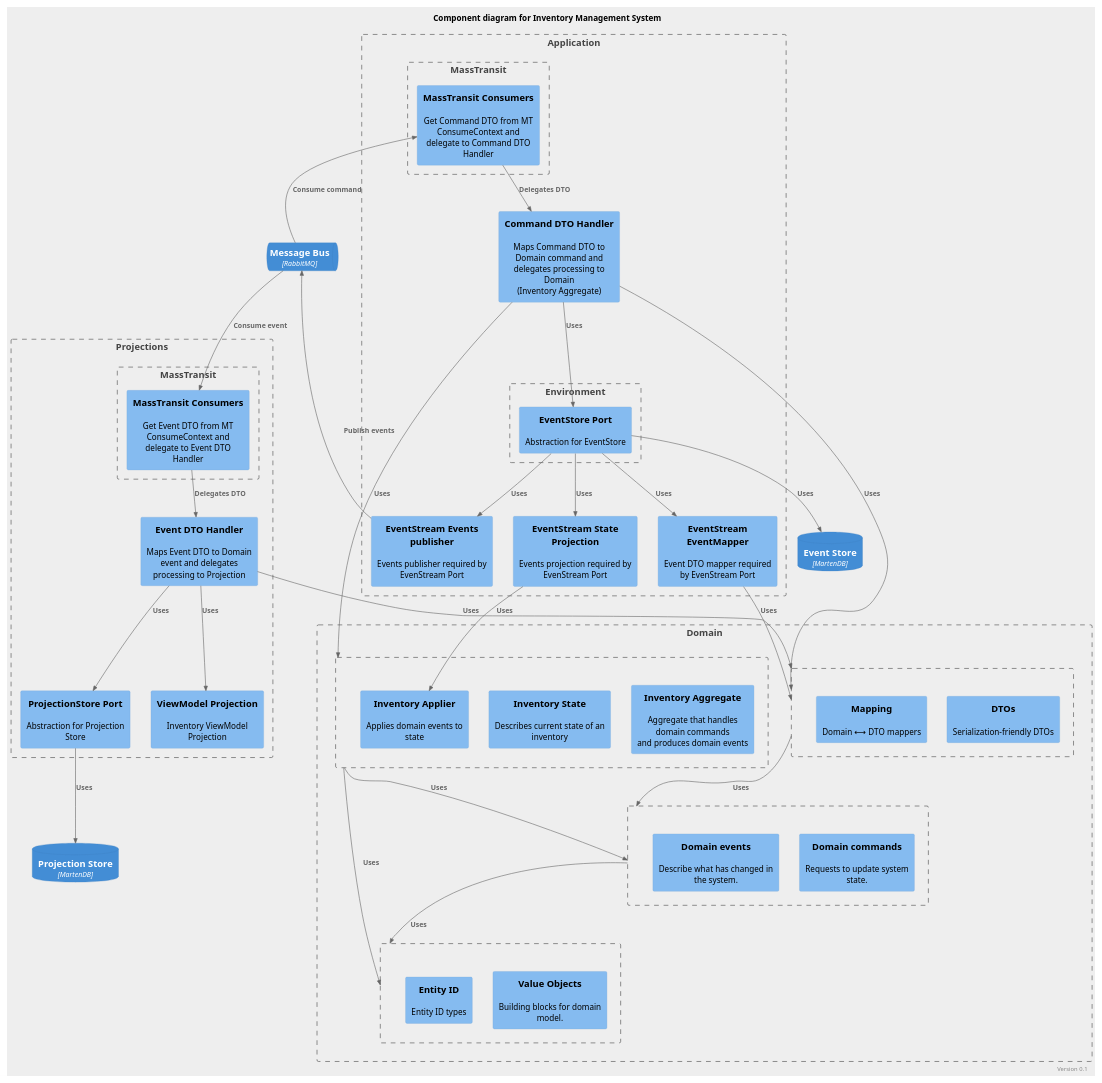
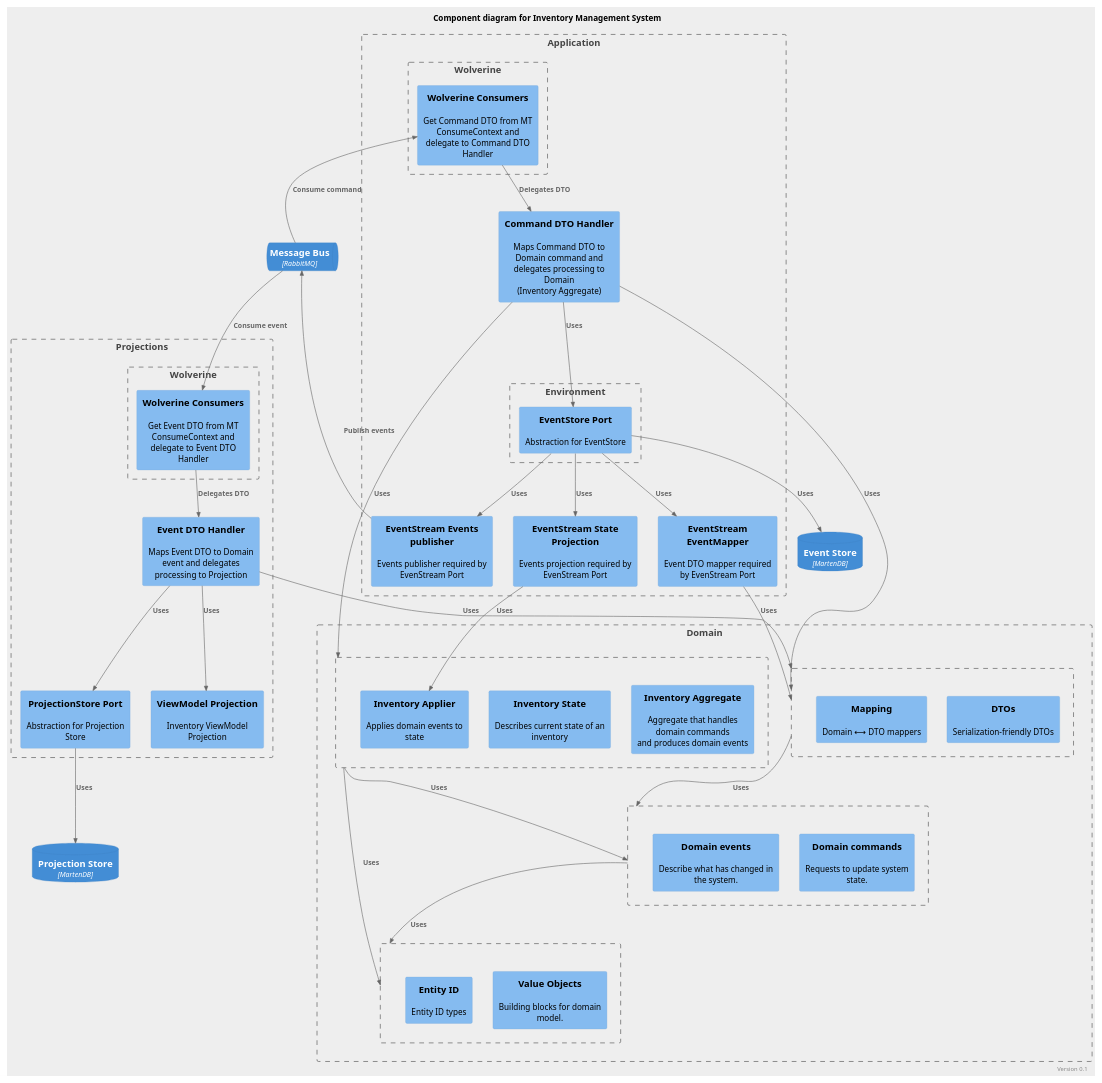
Before and after one commit to iblazhko/cqrs-fsharp: the diagram in doc/C4/component.puml, drawn with PlantUML. The commit also changed 46 other files, not shown here.

Commit message:
feat: Replace MassTransit with Wolverine

```diff
--- a/doc/C4/component.puml
+++ b/doc/C4/component.puml
@@ -1,94 +1,95 @@
 @startuml Inventory System - Component
 
-!include https://raw.githubusercontent.com/plantuml-stdlib/C4-PlantUML/master/C4_Component.puml
+!include <C4/C4_Component>
+
 skinparam defaultFontName "D-DIN"
 skinparam backgroundColor #EEEEEE
 scale 1600 width
 
 LAYOUT_TOP_DOWN()
 HIDE_STEREOTYPE()
 
 title Component diagram for Inventory Management System
 right footer Version 0.1
 
 ContainerQueue(messagebus, "Message Bus", "RabbitMQ", "")
 ContainerDb(eventstore, "Event Store", "MartenDB", "")
 ContainerDb(projectionstore, "Projection Store", "MartenDB", "")
 
 Boundary(domain_boundary, "Domain") {
     Boundary(domain_building_blocks, "") {
         Component(value_objects, "Value Objects", "", "Building blocks for domain model.")
         Component(entity_id, "Entity ID", "", "Entity ID types")
     }
 
     Boundary(domain_commands_events, "") {
         Component(domain_commands, "Domain commands", "", "Requests to update system state.")
         Component(domain_events, "Domain events", "", "Describe what has changed in the system.")
     }
 
     Boundary(domain_dto, "") {
         Component(dto, "DTOs", "", "Serialization-friendly DTOs")
         Component(mapping, "Mapping", "", "Domain ⟷ DTO mappers")
     }
 
     Boundary(domain_aggregate, "") {
         Component(aggregate, "Inventory Aggregate", "", "Aggregate that handles domain commands\nand produces domain events")
         Component(aggregate_state, "Inventory State", "", "Describes current state of an inventory")
         Component(aggregate_applier, "Inventory Applier", "", "Applies domain events to state")
     }
 
     Rel(domain_aggregate, domain_building_blocks, "Uses")
     Rel(domain_commands_events, domain_building_blocks, "Uses")
     Rel(domain_dto, domain_commands_events, "Uses")
     Rel(domain_aggregate, domain_commands_events, "Uses")
 
     Lay_D(domain_aggregate, domain_building_blocks)
     Lay_D(domain_dto, domain_commands_events)
 }
 
 Boundary(application_boundary, "Application") {
     Boundary(application_env, "Environment") {
         Component(eventstore_port, "EventStore Port", "", "Abstraction for EventStore")
     }
 
-    Boundary(application_mt, "MassTransit") {
-        Component(app_mt_consumers, "MassTransit Consumers", "", "Get Command DTO from MT ConsumeContext and\ndelegate to Command DTO Handler")
-        Rel(messagebus, app_mt_consumers, "Consume command")
+    Boundary(application_vw, "Wolverine") {
+        Component(app_wv_consumers, "Wolverine Consumers", "", "Get Command DTO from MT ConsumeContext and\ndelegate to Command DTO Handler")
+        Rel(messagebus, app_wv_consumers, "Consume command")
     }
 
     Component(eventstream_event_mapper, "EventStream EventMapper", "", "Event DTO mapper required by EvenStream Port")
     Component(eventstream_state_projection, "EventStream State Projection", "", "Events projection required by EvenStream Port")
     Component(eventstream_publisher, "EventStream Events publisher", "", "Events publisher required by EvenStream Port")
     Component(command_dto_handler, "Command DTO Handler", "", "Maps Command DTO to Domain command and delegates processing to Domain\n(Inventory Aggregate)")
 
-    Rel(app_mt_consumers, command_dto_handler, "Delegates DTO")
+    Rel(app_wv_consumers, command_dto_handler, "Delegates DTO")
     Rel(command_dto_handler, domain_dto, "Uses")
     Rel(command_dto_handler, eventstore_port, "Uses")
     Rel(command_dto_handler, domain_aggregate, "Uses")
     Rel(eventstore_port, eventstream_event_mapper, "Uses")
     Rel(eventstream_event_mapper, domain_dto, "Uses")
     Rel(eventstore_port, eventstream_publisher, "Uses")
     Rel(eventstore_port, eventstream_state_projection, "Uses")
     Rel(eventstream_state_projection, aggregate_applier, "Uses")
     Rel(eventstore_port, eventstore, "Uses")
     Rel(eventstream_publisher, messagebus, "Publish events")
 }
 
 Boundary(projections_boundary, "Projections") {
-    Boundary(projections_mt, "MassTransit") {
-        Component(projections_mt_consumers, "MassTransit Consumers", "", "Get Event DTO from MT ConsumeContext and\ndelegate to Event DTO Handler")
-        Rel(messagebus, projections_mt_consumers, "Consume event")
+    Boundary(projections_vw, "Wolverine") {
+        Component(projections_wv_consumers, "Wolverine Consumers", "", "Get Event DTO from MT ConsumeContext and\ndelegate to Event DTO Handler")
+        Rel(messagebus, projections_wv_consumers, "Consume event")
     }
 
     Component(event_dto_handler, "Event DTO Handler", "", "Maps Event DTO to Domain event and delegates processing to Projection")
     Component(projectionstore_port, "ProjectionStore Port", "", "Abstraction for Projection Store")
     Component(vm_projection, "ViewModel Projection", "", "Inventory ViewModel Projection")
 
-    Rel(projections_mt_consumers, event_dto_handler, "Delegates DTO")
+    Rel(projections_wv_consumers, event_dto_handler, "Delegates DTO")
     Rel(event_dto_handler, domain_dto, "Uses")
     Rel(event_dto_handler, vm_projection, "Uses")
     Rel(event_dto_handler, projectionstore_port, "Uses")
     Rel(projectionstore_port, projectionstore, "Uses")
 }
 
 @enduml
```
